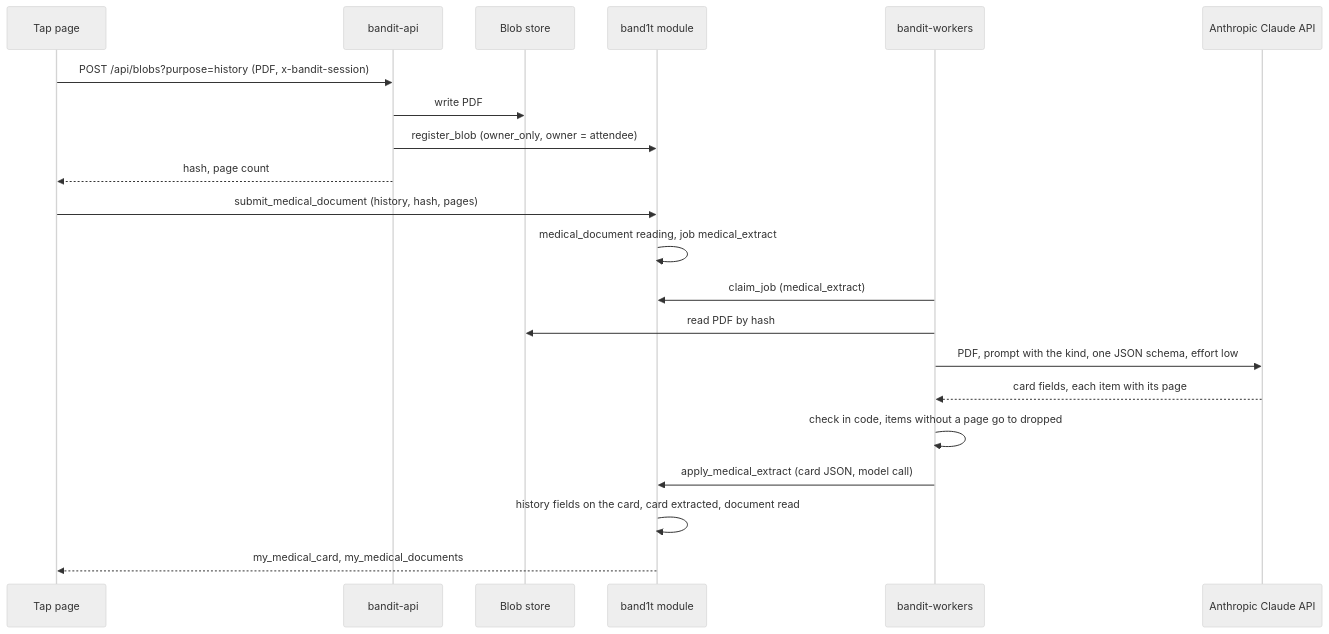
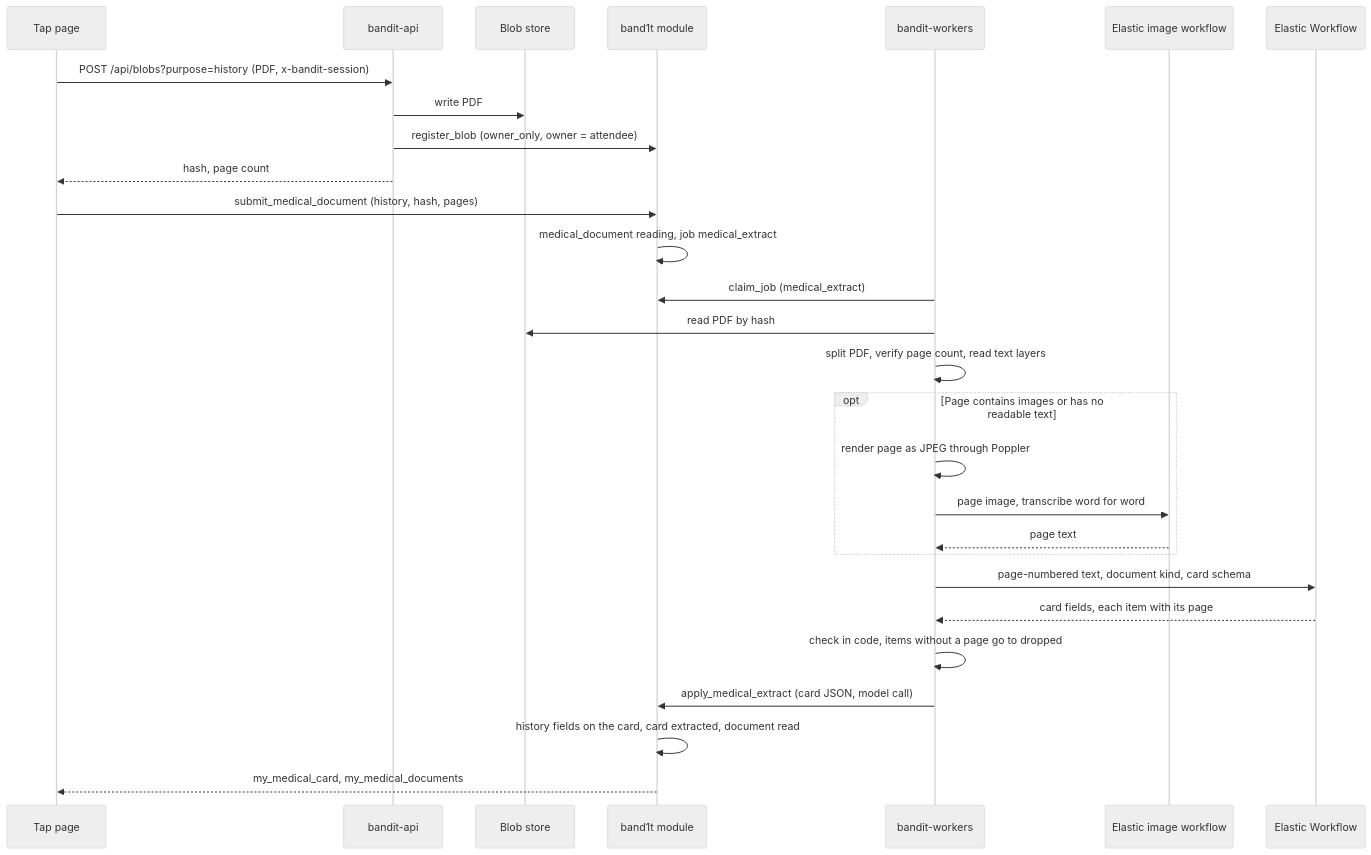
The first of 2 diagrams in System Design/6-features/Medical-Card.md (viktorinkov/cal-hacks-13), drawn with Mermaid (neutral theme) before and after one commit. The commit also changed other lines of this file and 50 other files, not shown here.

Commit message:
run worker model tasks through Elastic

````diff
--- a/System Design/6-features/Medical-Card.md
+++ b/System Design/6-features/Medical-Card.md
@@ -70,23 +73,30 @@
 ```mermaid
 sequenceDiagram
   participant A as Tap page
   participant API as bandit-api
   participant S as Blob store
   participant M as band1t module
   participant W as bandit-workers
-  participant C as Anthropic Claude API
+  participant C as Elastic image workflow
+  participant E as Elastic Workflow
   A->>API: POST /api/blobs?purpose=history (PDF, x-bandit-session)
   API->>S: write PDF
   API->>M: register_blob (owner_only, owner = attendee)
   API-->>A: hash, page count
   A->>M: submit_medical_document (history, hash, pages)
   M->>M: medical_document reading, job medical_extract
   W->>M: claim_job (medical_extract)
   W->>S: read PDF by hash
-  W->>C: PDF, prompt with the kind, one JSON schema, effort low
-  C-->>W: card fields, each item with its page
+  W->>W: split PDF, verify page count, read text layers
+  opt Page contains images or has no readable text
+    W->>W: render page as JPEG through Poppler
+    W->>C: page image, transcribe word for word
+    C-->>W: page text
+  end
+  W->>E: page-numbered text, document kind, card schema
+  E-->>W: card fields, each item with its page
   W->>W: check in code, items without a page go to dropped
   W->>M: apply_medical_extract (card JSON, model call)
   M->>M: history fields on the card, card extracted, document read
   M-->>A: my_medical_card, my_medical_documents
 ```
````
